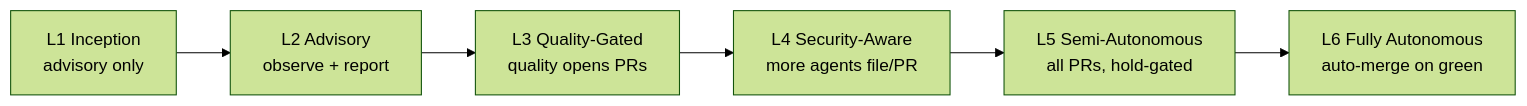
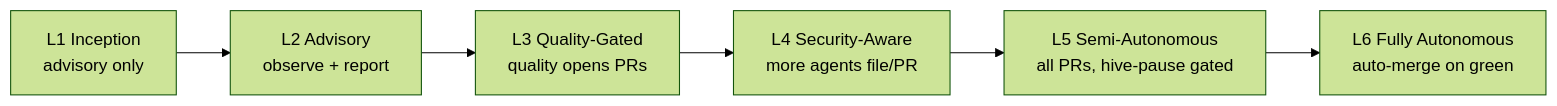
The sixth of 10 diagrams in src/docs/architecture.md (Danathar/hive), drawn with Mermaid (forest theme) before and after one commit. The commit also changed other lines of this file and 12 other files, not shown here.

````diff
--- a/src/docs/architecture.md
+++ b/src/docs/architecture.md
@@ -276,10 +276,10 @@
 ```mermaid
 flowchart LR
     L1["L1 Inception<br/>advisory only"]
     L2["L2 Advisory<br/>observe + report"]
     L3["L3 Quality-Gated<br/>quality opens PRs"]
     L4["L4 Security-Aware<br/>more agents file/PR"]
-    L5["L5 Semi-Autonomous<br/>all PRs, hold-gated"]
+    L5["L5 Semi-Autonomous<br/>all PRs, hive-pause gated"]
     L6["L6 Fully Autonomous<br/>auto-merge on green"]
     L1 --> L2 --> L3 --> L4 --> L5 --> L6
 ```
````
